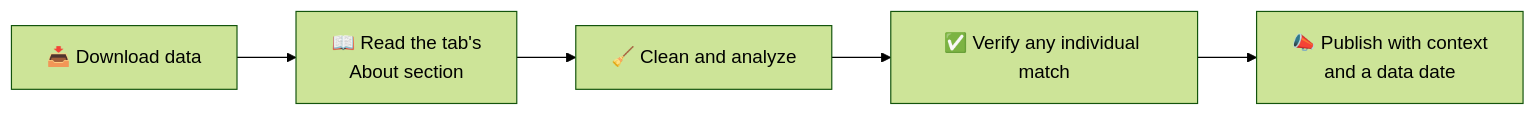
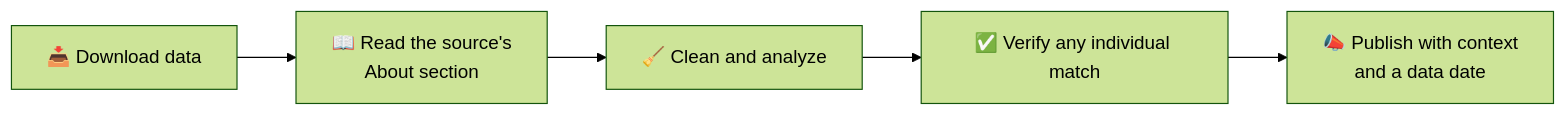
Before and after one commit to PrajwalKoirala638/LELU: the seventh of 7 diagrams in README.md, drawn with Mermaid (forest theme). The commit also changed other lines of this file, not shown here.

````diff
--- a/README.md
+++ b/README.md
@@ -408,7 +467,7 @@
 ```mermaid
 flowchart LR
-    A["📥 Download data"] --> B["📖 Read the tab's<br/>About section"]
+    A["📥 Download data"] --> B["📖 Read the source's<br/>About section"]
     B --> C["🧹 Clean and analyze"]
     C --> D["✅ Verify any individual match"]
     D --> E["📣 Publish with context<br/>and a data date"]
 ```
````
